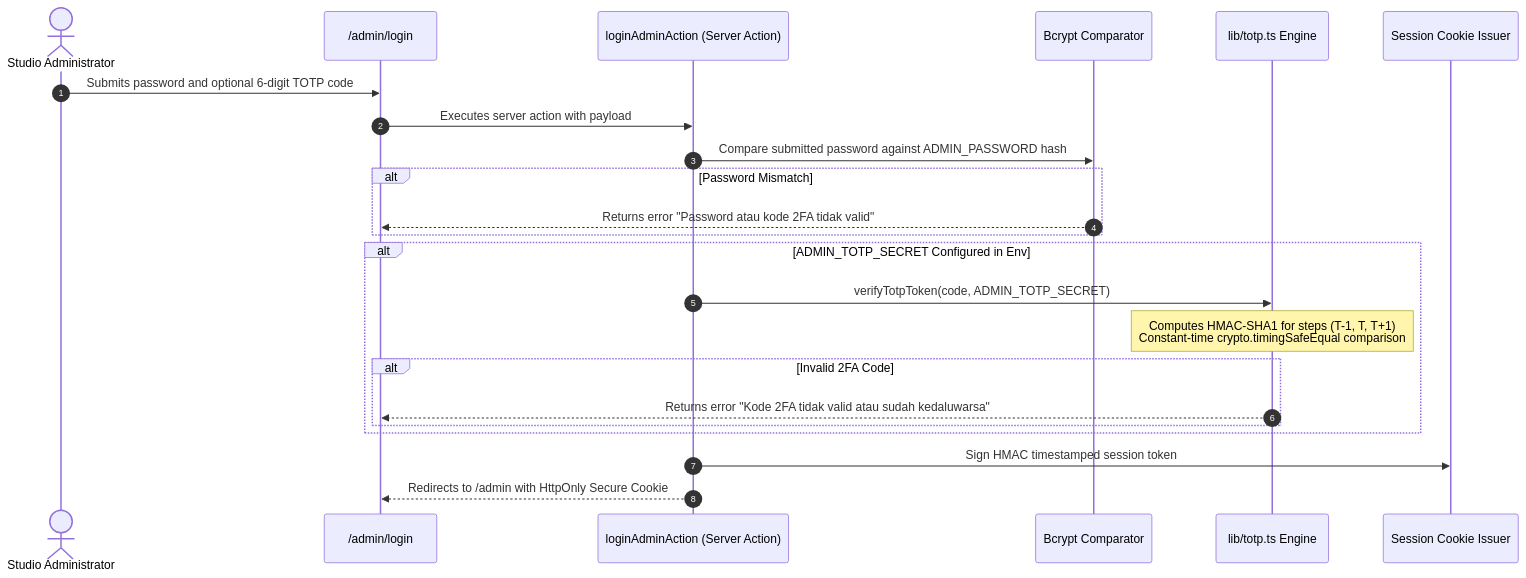
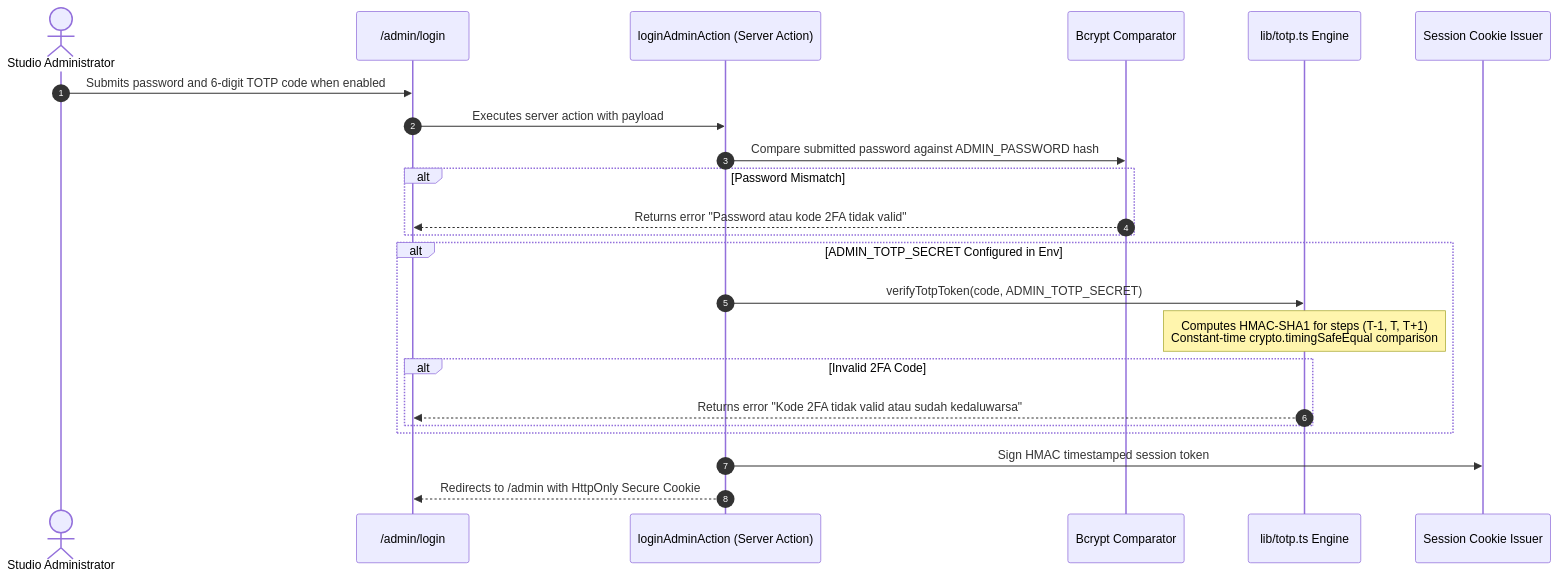
The fourth of 4 diagrams in CODEBASE_OVERVIEW.md (MasRizqi07/dibimbing-fwd), drawn with Mermaid before and after one commit. The commit also changed other lines of this file and 68 other files, not shown here.

````diff
--- a/CODEBASE_OVERVIEW.md
+++ b/CODEBASE_OVERVIEW.md
@@ -161,26 +161,26 @@
 ```mermaid
 sequenceDiagram
     autonumber
     actor Admin as Studio Administrator
     participant Login as /admin/login
     participant Action as loginAdminAction (Server Action)
     participant Bcrypt as Bcrypt Comparator
     participant TOTP as lib/totp.ts Engine
     participant Cookie as Session Cookie Issuer
 
-    Admin->>Login: Submits password and optional 6-digit TOTP code
+    Admin->>Login: Submits password and 6-digit TOTP code when enabled
     Login->>Action: Executes server action with payload
     Action->>Bcrypt: Compare submitted password against ADMIN_PASSWORD hash
     alt Password Mismatch
         Bcrypt-->>Login: Returns error "Password atau kode 2FA tidak valid"
     end
     alt ADMIN_TOTP_SECRET Configured in Env
         Action->>TOTP: verifyTotpToken(code, ADMIN_TOTP_SECRET)
         Note over TOTP: Computes HMAC-SHA1 for steps (T-1, T, T+1)<br/>Constant-time crypto.timingSafeEqual comparison
         alt Invalid 2FA Code
             TOTP-->>Login: Returns error "Kode 2FA tidak valid atau sudah kedaluwarsa"
         end
     end
     Action->>Cookie: Sign HMAC timestamped session token
     Action-->>Login: Redirects to /admin with HttpOnly Secure Cookie
 ```
````
